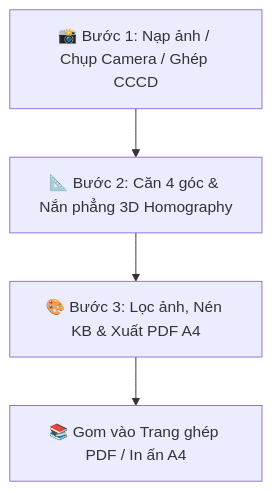
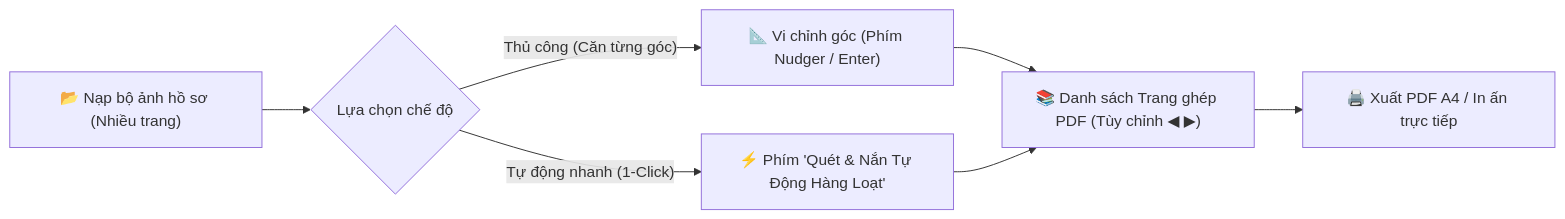
The diagram in SCAN_ZIP_PRO_REPORT.md (qtdyentho/qtdyentho_tools), drawn with Mermaid before and after one commit. The commit also changed other lines of this file, not shown here.

````diff
--- a/SCAN_ZIP_PRO_REPORT.md
+++ b/SCAN_ZIP_PRO_REPORT.md
@@ -43,6 +55,9 @@
 ```mermaid
-graph TD
-    A["📸 Bước 1: Nạp ảnh / Chụp Camera / Ghép CCCD"] --> B["📐 Bước 2: Căn 4 góc & Nắn phẳng 3D Homography"]
-    B --> C["🎨 Bước 3: Lọc ảnh, Nén KB & Xuất PDF A4"]
-    C --> D["📚 Gom vào Trang ghép PDF / In ấn A4"]
+graph LR
+    A["📂 Nạp bộ ảnh hồ sơ (Nhiều trang)"] --> B{"Lựa chọn chế độ"}
+    B -->|"Thủ công (Căn từng góc)"| C["📐 Vi chỉnh góc (Phím Nudger / Enter)"]
+    B -->|"Tự động nhanh (1-Click)"| D["⚡ Phím 'Quét & Nắn Tự Động Hàng Loạt'"]
+    C --> E["📚 Danh sách Trang ghép PDF (Tùy chỉnh ◀ ▶)"]
+    D --> E
+    E --> F["🖨️ Xuất PDF A4 / In ấn trực tiếp"]
 ```
````
